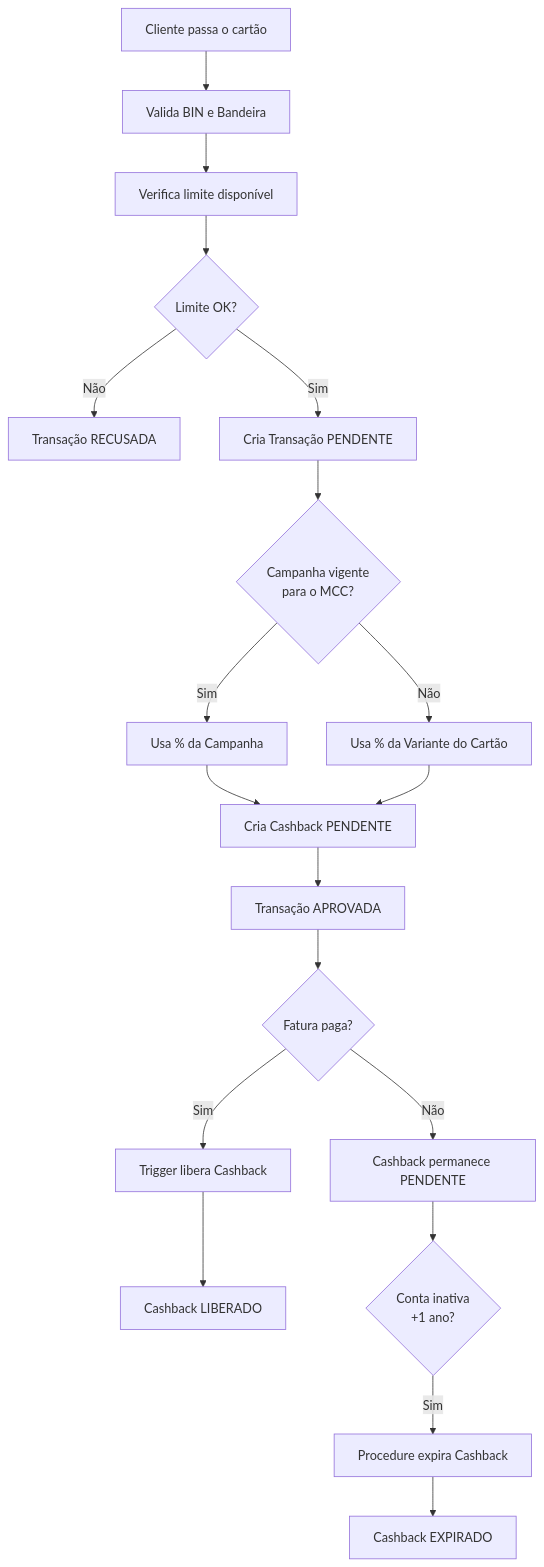
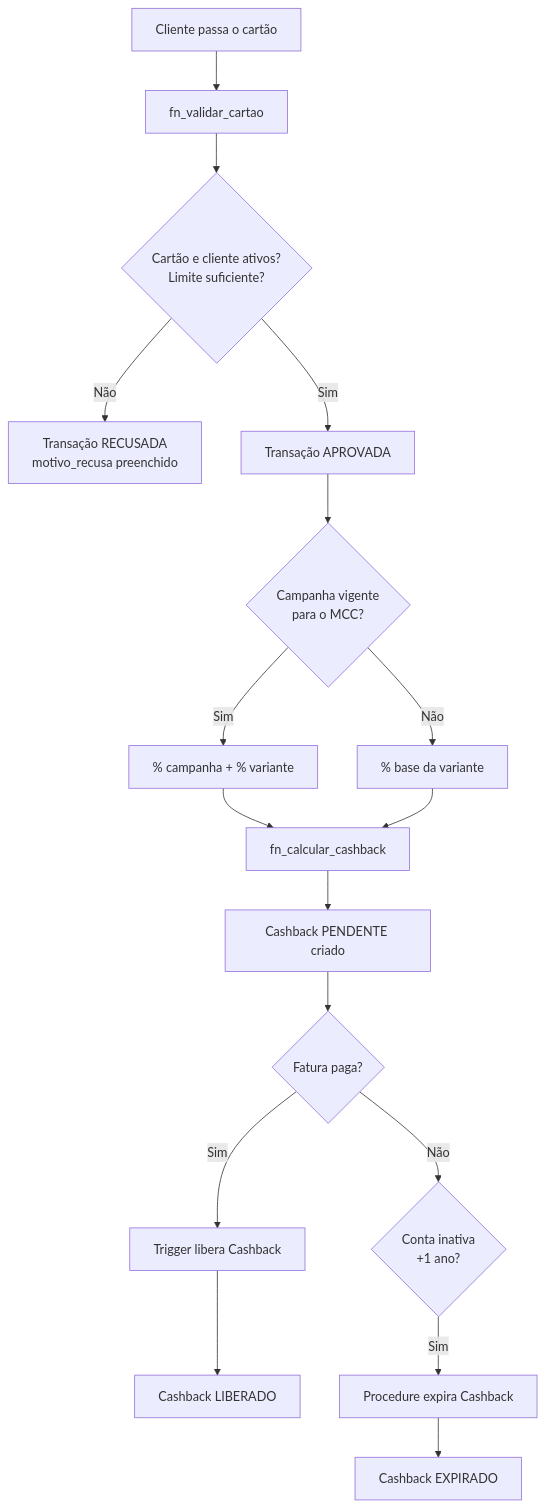
The first of 2 diagrams in README.md (DaviAlcanfor/cashback-engine), drawn with Mermaid before and after one commit. The commit also changed other lines of this file, not shown here.

First line of the commit message:
Enhance README with simulator and cashback details

````diff
--- a/README.md
+++ b/README.md
@@ -24,21 +25,19 @@
 ```mermaid
 flowchart TD
-    A[Cliente passa o cartão] --> B[Valida BIN e Bandeira]
-    B --> C[Verifica limite disponível]
-    C --> D{Limite OK?}
-    D -->|Não| E[Transação RECUSADA]
-    D -->|Sim| F[Cria Transação PENDENTE]
+    A[Cliente passa o cartão] --> B[fn_validar_cartao]
+    B --> C{Cartão e cliente ativos?\nLimite suficiente?}
+    C -->|Não| E[Transação RECUSADA\nmotivo_recusa preenchido]
+    C -->|Sim| F[Transação APROVADA]
     F --> G{Campanha vigente\npara o MCC?}
-    G -->|Sim| H[Usa % da Campanha]
-    G -->|Não| I[Usa % da Variante do Cartão]
-    H --> J[Cria Cashback PENDENTE]
+    G -->|Sim| H[% campanha + % variante]
+    G -->|Não| I[% base da variante]
+    H --> J[fn_calcular_cashback]
     I --> J
-    J --> K[Transação APROVADA]
+    J --> K[Cashback PENDENTE criado]
     K --> L{Fatura paga?}
-    L -->|Não| M[Cashback permanece PENDENTE]
     L -->|Sim| N[Trigger libera Cashback]
     N --> O[Cashback LIBERADO]
-    M --> P{Conta inativa\n+1 ano?}
+    L -->|Não| P{Conta inativa\n+1 ano?}
     P -->|Sim| Q[Procedure expira Cashback]
     Q --> R[Cashback EXPIRADO]
 ```
````
